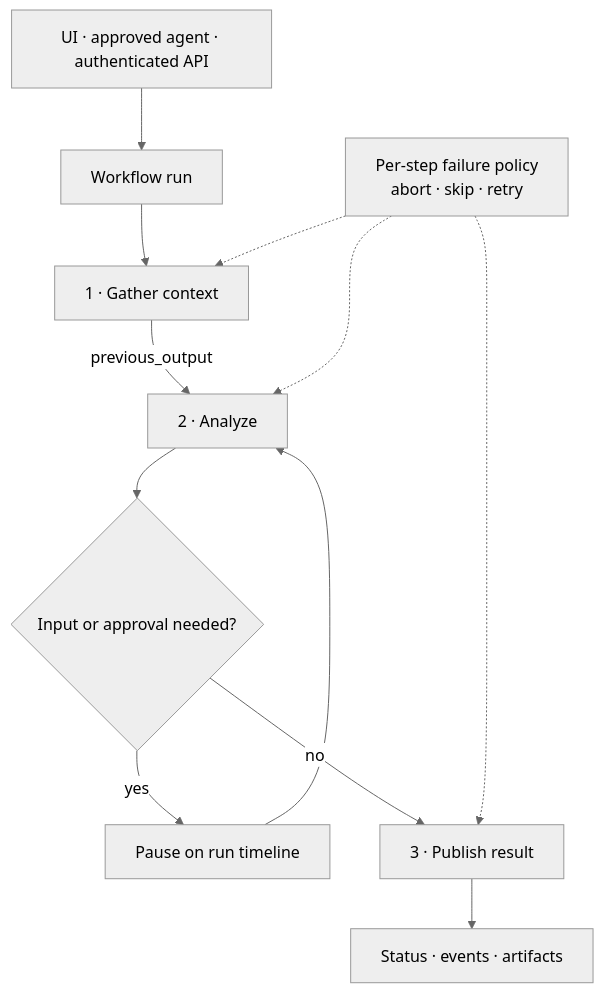
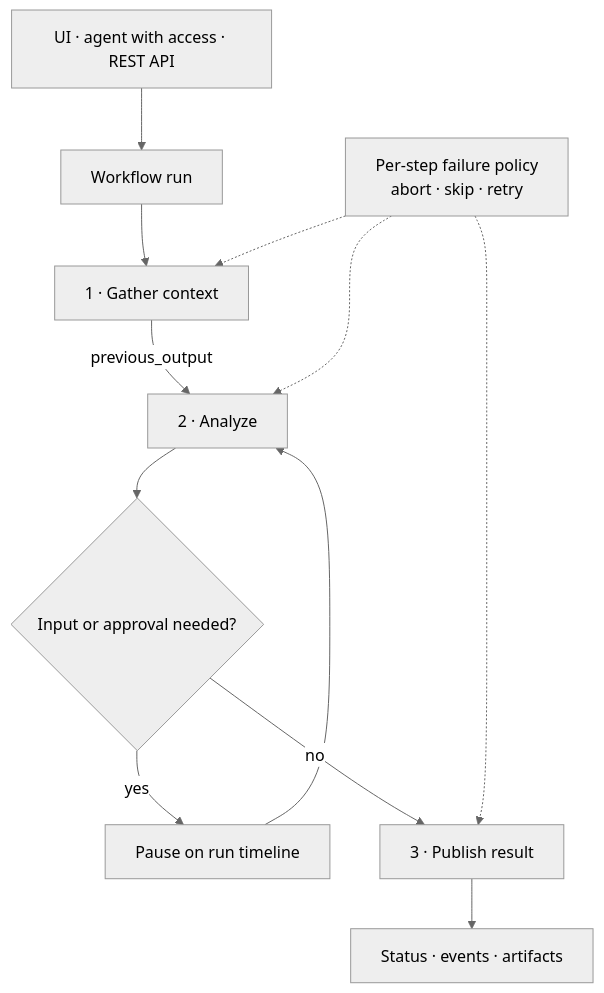
Before and after one commit to cnoe-io/ai-platform-engineering: the diagram in docs/docs/features/workflows.md, drawn with Mermaid (neutral theme). The commit also changed other lines of this file and 6 other files, not shown here.

````diff
--- a/docs/docs/features/workflows.md
+++ b/docs/docs/features/workflows.md
@@ -13,20 +17,20 @@
 ```mermaid
 flowchart TB
-  T["UI · approved agent · authenticated API"]
+  T["UI · agent with access · REST API"]
   W["Workflow run"]
   S1["1 · Gather context"]
   S2["2 · Analyze"]
   H{"Input or approval needed?"}
   P["Pause on run timeline"]
   S3["3 · Publish result"]
   O["Status · events · artifacts"]
   E["Per-step failure policy<br/>abort · skip · retry"]
 
   T --> W --> S1
   S1 -->|"previous_output"| S2 --> H
   H -->|yes| P --> S2
   H -->|no| S3 --> O
   E -.-> S1
   E -.-> S2
   E -.-> S3
 ```
````
